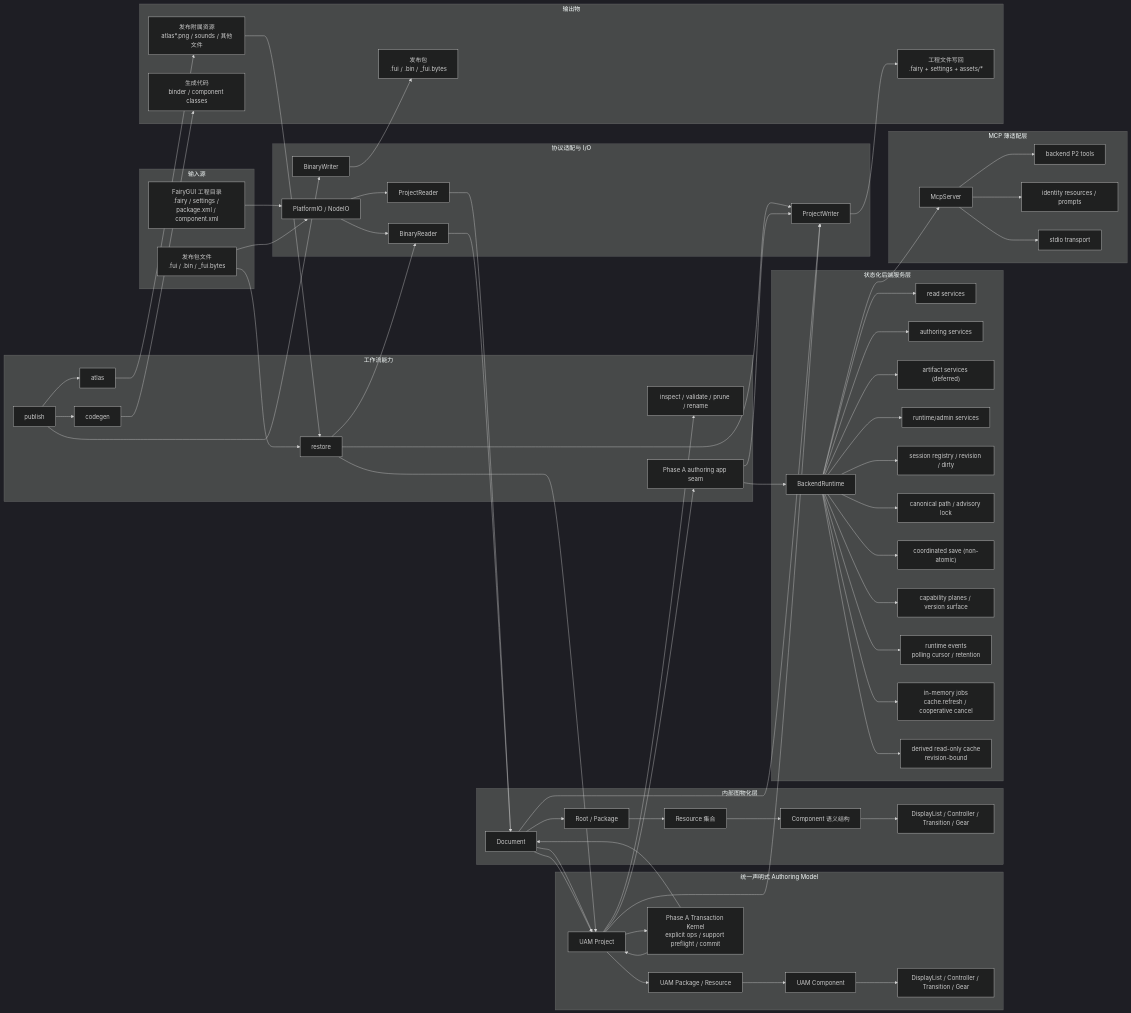
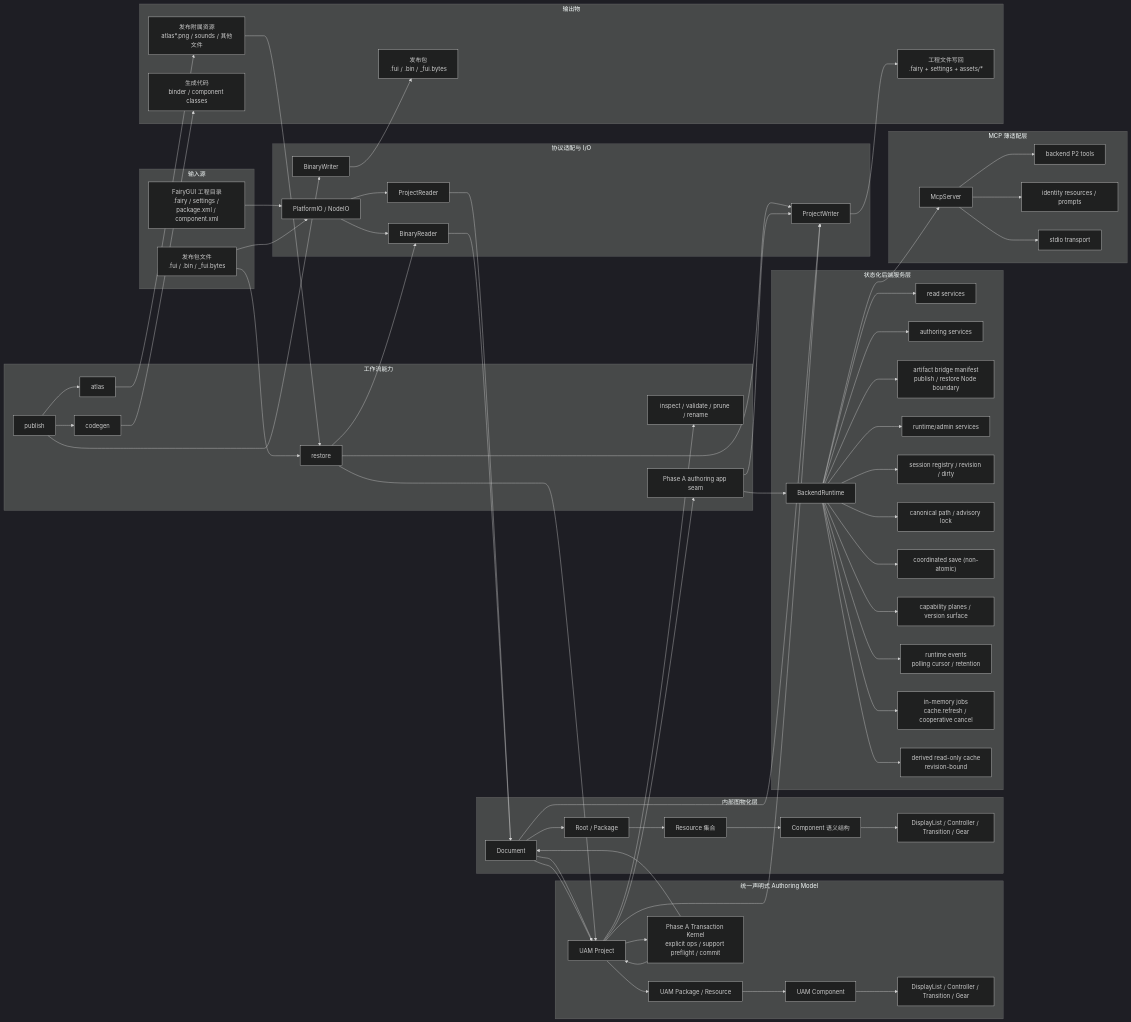
The first of 2 diagrams in docs/architecture-overview.md (OpenFairyGUI/OpenFairyGUI), drawn with Mermaid (dark theme) before and after one commit. The commit also changed other lines of this file and 9 other files, not shown here.

```diff
--- a/docs/architecture-overview.md
+++ b/docs/architecture-overview.md
@@ -53,7 +53,7 @@
         RT["BackendRuntime"]
         RS["read services"]
         AS["authoring services"]
-        AR["artifact services (deferred)"]
+        AR["artifact bridge manifest<br/>publish / restore Node boundary"]
         RU["runtime/admin services"]
         SS["session registry / revision / dirty"]
         LK["canonical path / advisory lock"]
```
